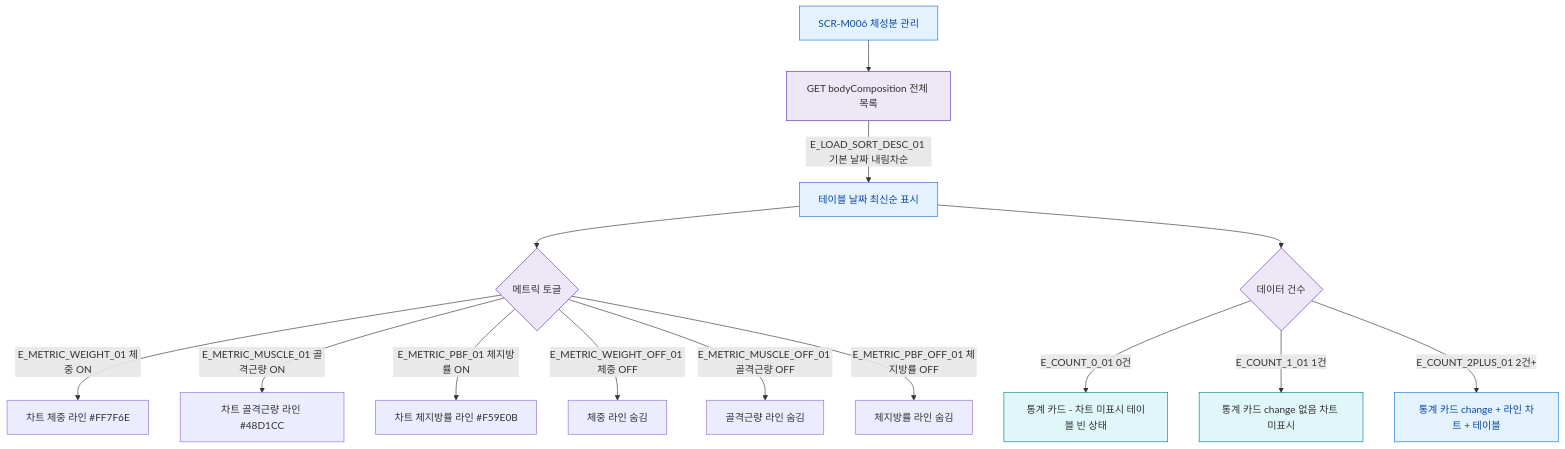
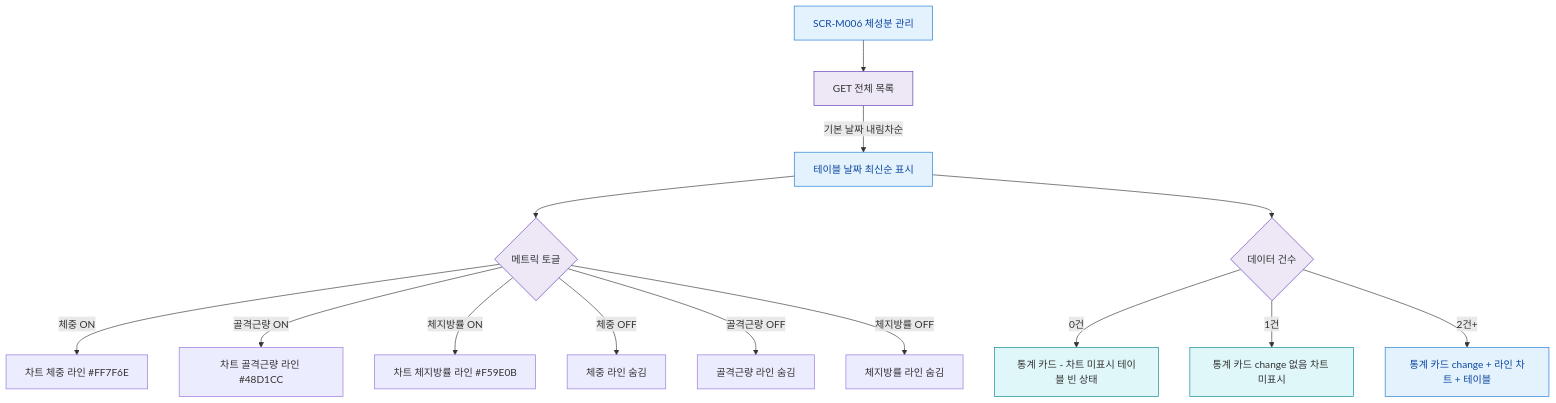
Before and after one commit to dev-spogym/admin-pando: the diagram in docs/다이어그램/D02_회원관리/SCR-M006_체성분관리/F4_필터검색.md, drawn with Mermaid. The commit also changed other lines of this file and 1660 other files, not shown here.

First line of the commit message:
다이어그램: 기획자/클라이언트 납품본으로 정리

````diff
--- a/docs/다이어그램/D02_회원관리/SCR-M006_체성분관리/F4_필터검색.md
+++ b/docs/다이어그램/D02_회원관리/SCR-M006_체성분관리/F4_필터검색.md
@@ -22,31 +20,31 @@
 ```mermaid
 flowchart TD
   SCR_M006[SCR-M006 체성분 관리]
 
-  SCR_M006 --> LOAD_DATA[GET bodyComposition 전체 목록]
+  SCR_M006 --> LOAD_DATA[GET 전체 목록]
 
-  LOAD_DATA -->|E_LOAD_SORT_DESC_01 기본 날짜 내림차순| TABLE_SORTED[테이블 날짜 최신순 표시]
+  LOAD_DATA -->|기본 날짜 내림차순|TABLE_SORTED[테이블 날짜 최신순 표시]
 
   TABLE_SORTED --> METRIC_TOGGLE{메트릭 토글}
-  METRIC_TOGGLE -->|E_METRIC_WEIGHT_01 체중 ON| CHART_W[차트 체중 라인 #FF7F6E]
-  METRIC_TOGGLE -->|E_METRIC_MUSCLE_01 골격근량 ON| CHART_M[차트 골격근량 라인 #48D1CC]
-  METRIC_TOGGLE -->|E_METRIC_PBF_01 체지방률 ON| CHART_P[차트 체지방률 라인 #F59E0B]
+  METRIC_TOGGLE -->|체중 ON|CHART_W[차트 체중 라인 #FF7F6E]
+  METRIC_TOGGLE -->|골격근량 ON|CHART_M[차트 골격근량 라인 #48D1CC]
+  METRIC_TOGGLE -->|체지방률 ON|CHART_P[차트 체지방률 라인 #F59E0B]
 
-  METRIC_TOGGLE -->|E_METRIC_WEIGHT_OFF_01 체중 OFF| CHART_W_HIDE[체중 라인 숨김]
-  METRIC_TOGGLE -->|E_METRIC_MUSCLE_OFF_01 골격근량 OFF| CHART_M_HIDE[골격근량 라인 숨김]
-  METRIC_TOGGLE -->|E_METRIC_PBF_OFF_01 체지방률 OFF| CHART_P_HIDE[체지방률 라인 숨김]
+  METRIC_TOGGLE -->|체중 OFF|CHART_W_HIDE[체중 라인 숨김]
+  METRIC_TOGGLE -->|골격근량 OFF|CHART_M_HIDE[골격근량 라인 숨김]
+  METRIC_TOGGLE -->|체지방률 OFF|CHART_P_HIDE[체지방률 라인 숨김]
 
   TABLE_SORTED --> DATA_COUNT{데이터 건수}
-  DATA_COUNT -->|E_COUNT_0_01 0건| UI_EMPTY[통계 카드 - 차트 미표시 테이블 빈 상태]
-  DATA_COUNT -->|E_COUNT_1_01 1건| UI_ONE[통계 카드 change 없음 차트 미표시]
-  DATA_COUNT -->|E_COUNT_2PLUS_01 2건+| UI_FULL[통계 카드 change + 라인 차트 + 테이블]
+  DATA_COUNT -->|0건|UI_EMPTY[통계 카드 - 차트 미표시 테이블 빈 상태]
+  DATA_COUNT -->|1건|UI_ONE[통계 카드 change 없음 차트 미표시]
+  DATA_COUNT -->|2건+|UI_FULL[통계 카드 change + 라인 차트 + 테이블]
 
-  classDef screen  fill:#E3F2FD,stroke:#1976D2,color:#0D47A1
-  classDef system  fill:#EDE7F6,stroke:#5E35B2
-  classDef info    fill:#E0F7FA,stroke:#00838F
+  classDef screen fill:#E3F2FD,stroke:#1976D2,color:#0D47A1
+  classDef system fill:#EDE7F6,stroke:#5E35B2
+  classDef info fill:#E0F7FA,stroke:#00838F
 
   class SCR_M006 screen
   class LOAD_DATA,METRIC_TOGGLE,DATA_COUNT system
   class UI_EMPTY,UI_ONE info
   class UI_FULL,TABLE_SORTED screen
 ```
````
